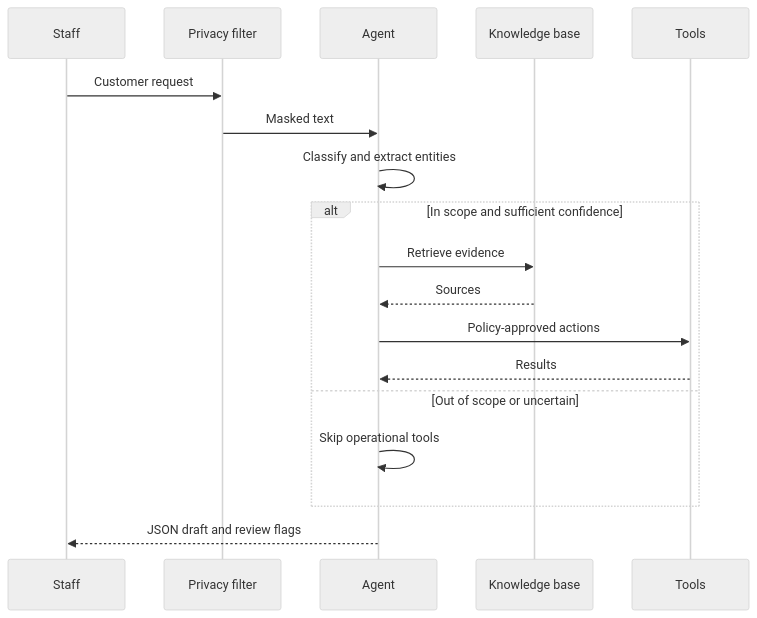
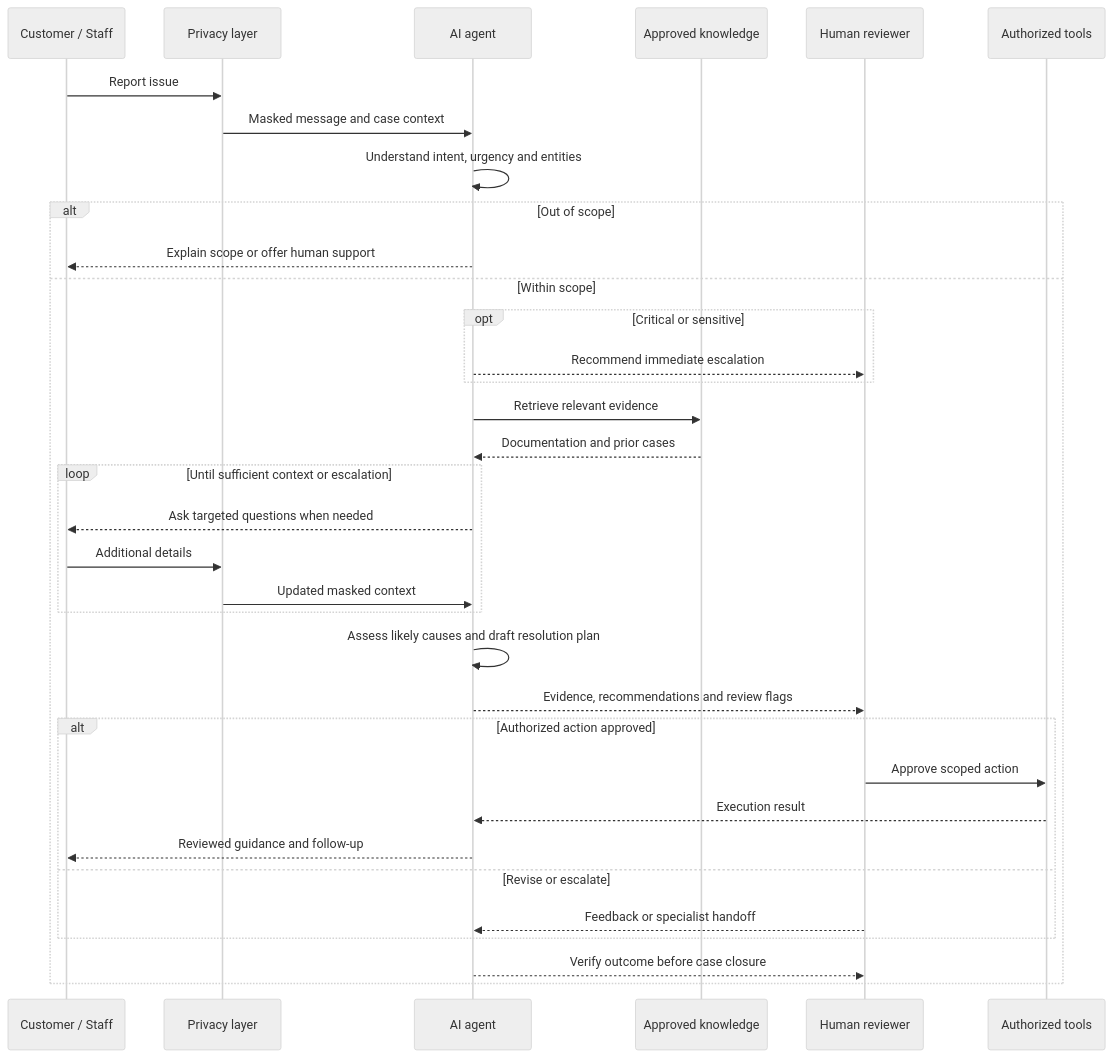
The second of 2 diagrams in docs/architecture.md (DanaAlotaibi11/DanaShift-NLP), drawn with Mermaid (neutral theme) before and after one commit. The commit also changed other lines of this file, not shown here.

Commit message:
Align project narrative and AI resolution workflow with product presentation

````diff
--- a/docs/architecture.md
+++ b/docs/architecture.md
@@ -3,20 +36,36 @@
 ```mermaid
 sequenceDiagram
- participant U as Staff
- participant P as Privacy filter
- participant A as Agent
- participant K as Knowledge base
- participant T as Tools
- U->>P: Customer request
- P->>A: Masked text
- A->>A: Classify and extract entities
- alt In scope and sufficient confidence
- A->>K: Retrieve evidence
- K-->>A: Sources
- A->>T: Policy-approved actions
- T-->>A: Results
- else Out of scope or uncertain
- A->>A: Skip operational tools
- end
- A-->>U: JSON draft and review flags
+    participant U as Customer / Staff
+    participant P as Privacy layer
+    participant A as AI agent
+    participant K as Approved knowledge
+    participant H as Human reviewer
+    participant T as Authorized tools
+    U->>P: Report issue
+    P->>A: Masked message and case context
+    A->>A: Understand intent, urgency and entities
+    alt Out of scope
+        A-->>U: Explain scope or offer human support
+    else Within scope
+        opt Critical or sensitive
+            A-->>H: Recommend immediate escalation
+        end
+        A->>K: Retrieve relevant evidence
+        K-->>A: Documentation and prior cases
+        loop Until sufficient context or escalation
+            A-->>U: Ask targeted questions when needed
+            U->>P: Additional details
+            P->>A: Updated masked context
+        end
+        A->>A: Assess likely causes and draft resolution plan
+        A-->>H: Evidence, recommendations and review flags
+        alt Authorized action approved
+            H->>T: Approve scoped action
+            T-->>A: Execution result
+            A-->>U: Reviewed guidance and follow-up
+        else Revise or escalate
+            H-->>A: Feedback or specialist handoff
+        end
+        A-->>H: Verify outcome before case closure
+    end
 ```
````
